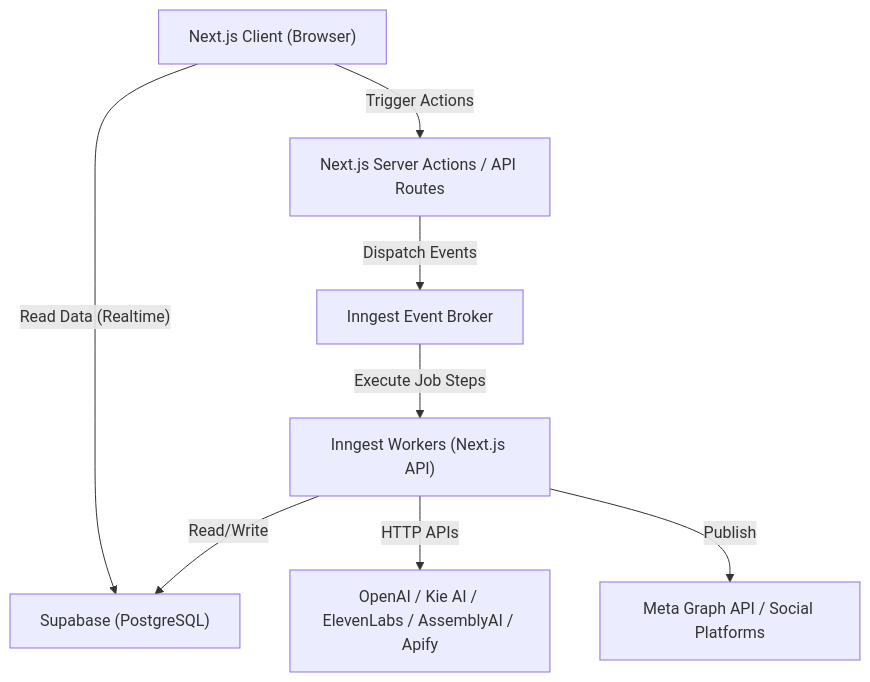
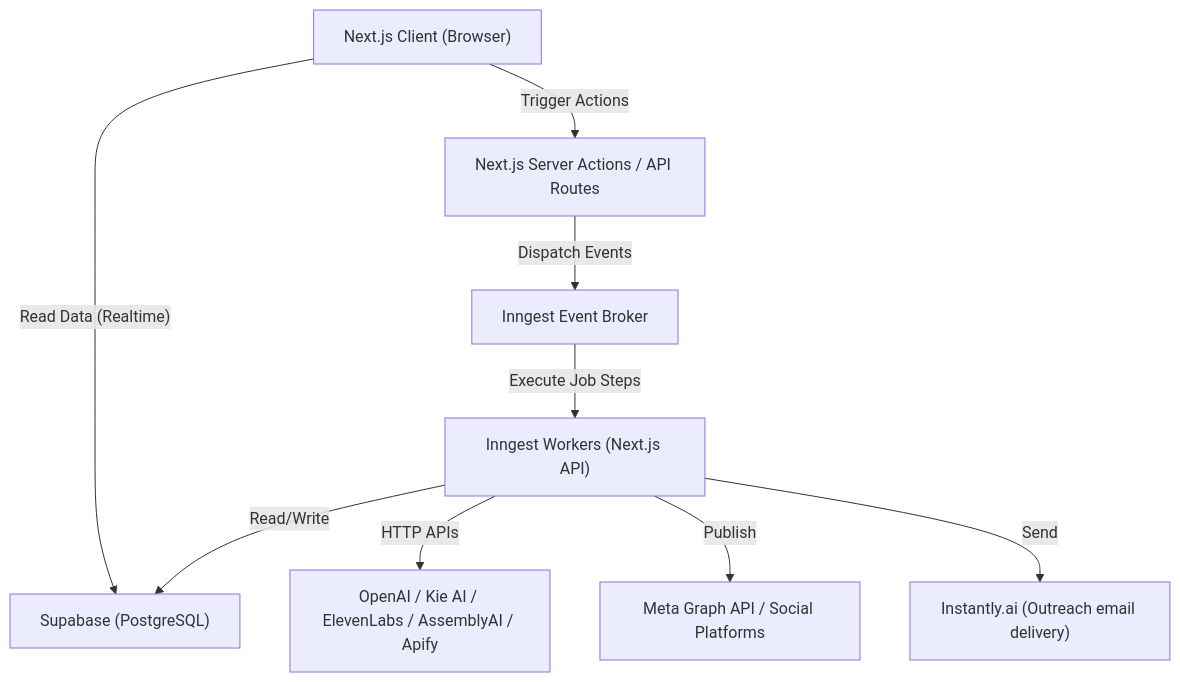
One commit to Aumatic-AI/Kinetix changed the diagram in docs/architecture/system_design.md. Above: the diagram before and after it, drawn with Mermaid. The commit also changed other lines of this file and 57 other files, not shown here.

````diff
--- a/docs/architecture/system_design.md
+++ b/docs/architecture/system_design.md
@@ -9,10 +9,11 @@
 ```mermaid
 graph TD
     Client["Next.js Client (Browser)"] -- "Read Data (Realtime)" --> Supabase["Supabase (PostgreSQL)"]
     Client -- "Trigger Actions" --> API["Next.js Server Actions / API Routes"]
     API -- "Dispatch Events" --> Inngest["Inngest Event Broker"]
     Inngest -- "Execute Job Steps" --> Jobs["Inngest Workers (Next.js API)"]
     Jobs -- "Read/Write" --> Supabase
     Jobs -- "HTTP APIs" --> AI["OpenAI / Kie AI / ElevenLabs / AssemblyAI / Apify"]
     Jobs -- "Publish" --> Meta["Meta Graph API / Social Platforms"]
+    Jobs -- "Send" --> Instantly["Instantly.ai (Outreach email delivery)"]
 ```
````
